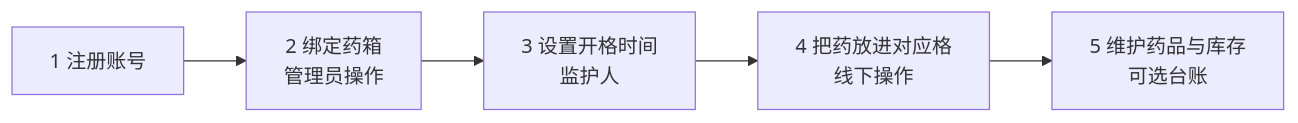
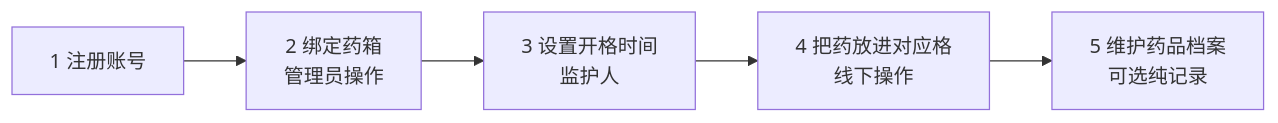
The second of 5 diagrams in docs/产品使用说明.md (Louisyoung7/medbox), drawn with Mermaid before and after one commit. The commit also changed other lines of this file and 19 other files, not shown here.

````diff
--- a/docs/产品使用说明.md
+++ b/docs/产品使用说明.md
@@ -58,4 +58,4 @@
 ```mermaid
 flowchart LR
-  S1["1 注册账号"] --> S2["2 绑定药箱<br/>管理员操作"] --> S3["3 设置开格时间<br/>监护人"] --> S4["4 把药放进对应格<br/>线下操作"] --> S5["5 维护药品与库存<br/>可选台账"]
+  S1["1 注册账号"] --> S2["2 绑定药箱<br/>管理员操作"] --> S3["3 设置开格时间<br/>监护人"] --> S4["4 把药放进对应格<br/>线下操作"] --> S5["5 维护药品档案<br/>可选纯记录"]
 ```
````
